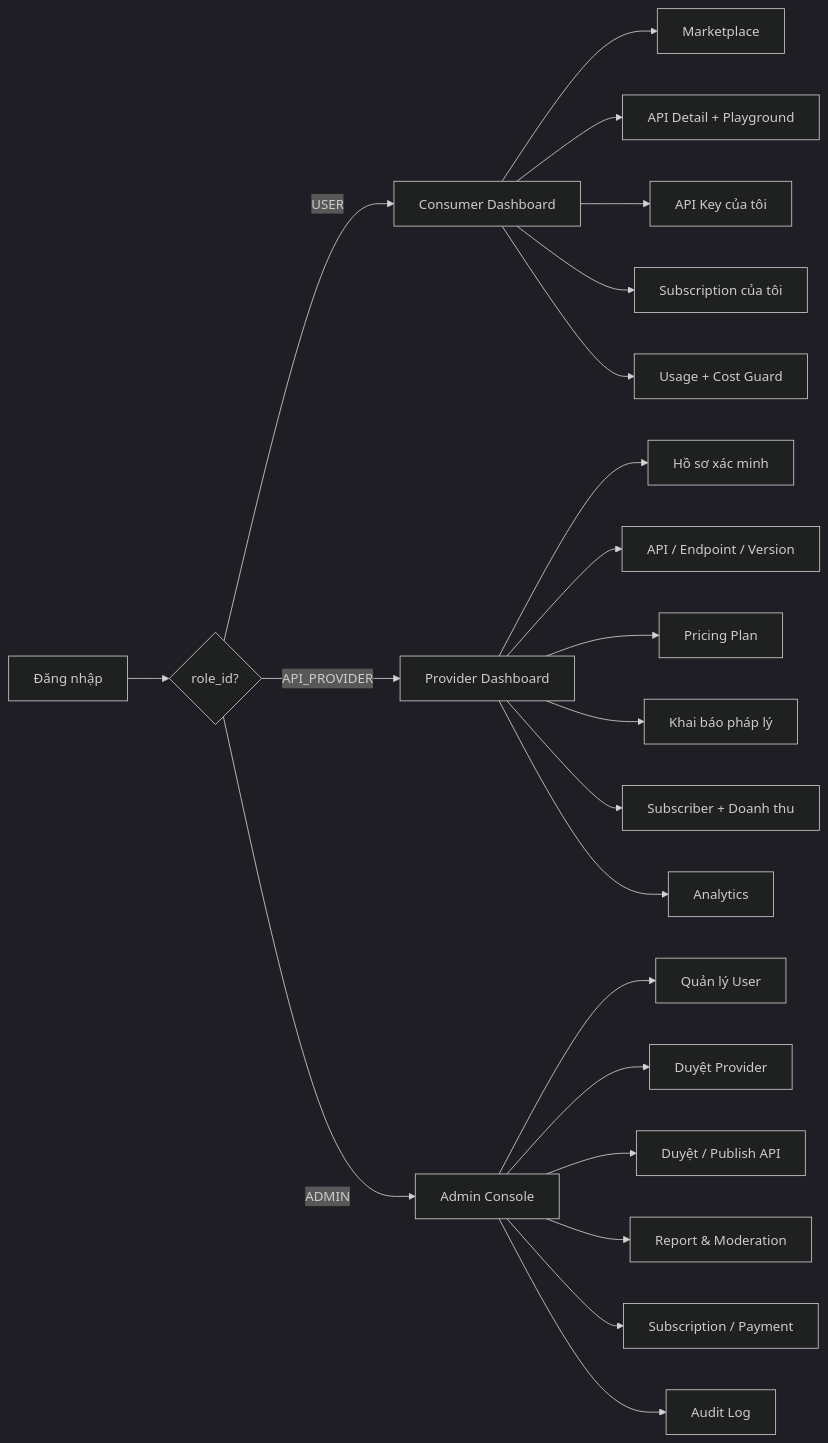
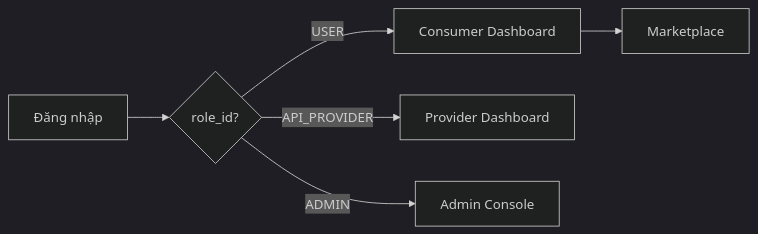
One commit to antondung/API-Market changed the diagram in docs/02-role-va-phan-quyen.md. Above: the diagram before and after it, drawn with Mermaid (dark theme). The commit also changed other lines of this file and 8 other files, not shown here.

````diff
--- a/docs/02-role-va-phan-quyen.md
+++ b/docs/02-role-va-phan-quyen.md
@@ -93,27 +92,9 @@
 ```mermaid
 flowchart LR
     L["Đăng nhập"] --> R{"role_id?"}
     R -->|USER| CD["Consumer Dashboard"]
     R -->|API_PROVIDER| PD["Provider Dashboard"]
     R -->|ADMIN| AD["Admin Console"]
 
     CD --> CD1["Marketplace"]
-    CD --> CD2["API Detail + Playground"]
-    CD --> CD3["API Key của tôi"]
-    CD --> CD4["Subscription của tôi"]
-    CD --> CD5["Usage + Cost Guard"]
-
-    PD --> PD1["Hồ sơ xác minh"]
-    PD --> PD2["API / Endpoint / Version"]
-    PD --> PD3["Pricing Plan"]
-    PD --> PD4["Khai báo pháp lý"]
-    PD --> PD5["Subscriber + Doanh thu"]
-    PD --> PD6["Analytics"]
-
-    AD --> AD1["Quản lý User"]
-    AD --> AD2["Duyệt Provider"]
-    AD --> AD3["Duyệt / Publish API"]
-    AD --> AD4["Report & Moderation"]
-    AD --> AD5["Subscription / Payment"]
-    AD --> AD6["Audit Log"]
 ```
````
